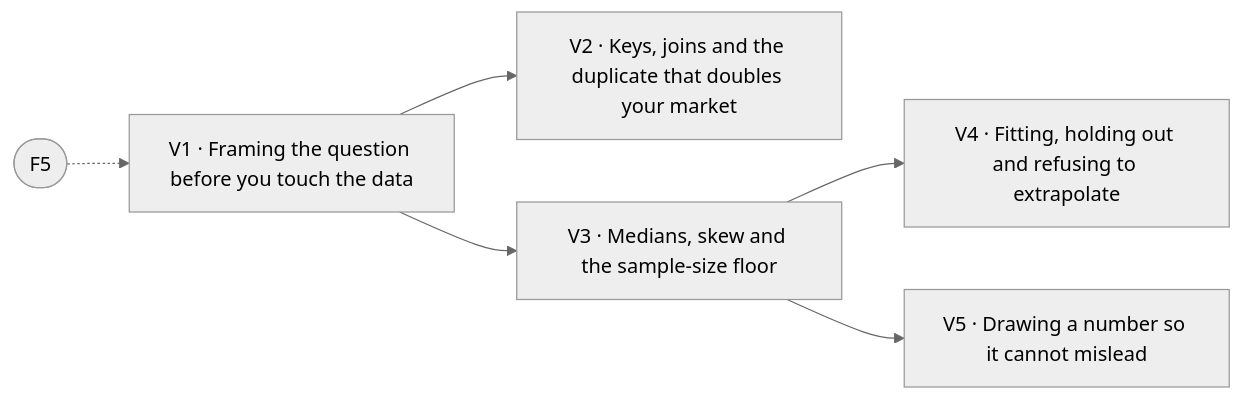
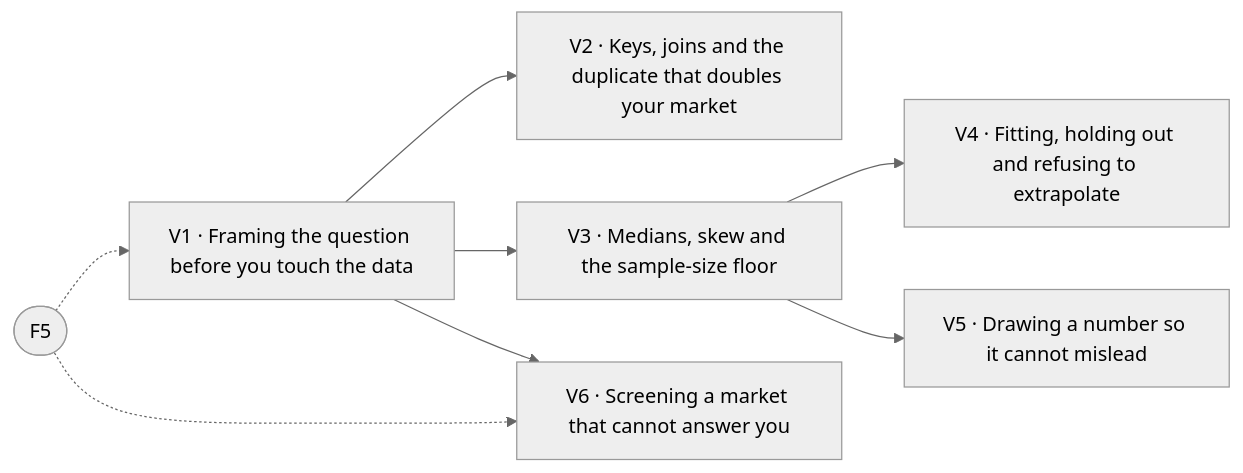
Before and after one commit to AGIFutureFoundation/Locator.X: the diagram in curriculum/courses/07-evidence-data-judgment.md, drawn with Mermaid (neutral theme). The commit also changed other lines of this file and 7 other files, not shown here.

First line of the commit message:
Add the Academy track on screening a market that cannot answer you (#84)

````diff
--- a/curriculum/courses/07-evidence-data-judgment.md
+++ b/curriculum/courses/07-evidence-data-judgment.md
@@ -21,13 +22,16 @@
 ```mermaid
 graph LR
   V1["V1 · Framing the question before you touch the data"]
   V2["V2 · Keys, joins and the duplicate that doubles your market"]
   V3["V3 · Medians, skew and the sample-size floor"]
   V4["V4 · Fitting, holding out and refusing to extrapolate"]
   V5["V5 · Drawing a number so it cannot mislead"]
+  V6["V6 · Screening a market that cannot answer you"]
   F5([F5]) -.-> V1
   V1 --> V2
   V1 --> V3
   V3 --> V4
   V3 --> V5
+  V1 --> V6
+  F5([F5]) -.-> V6
 ```
````
